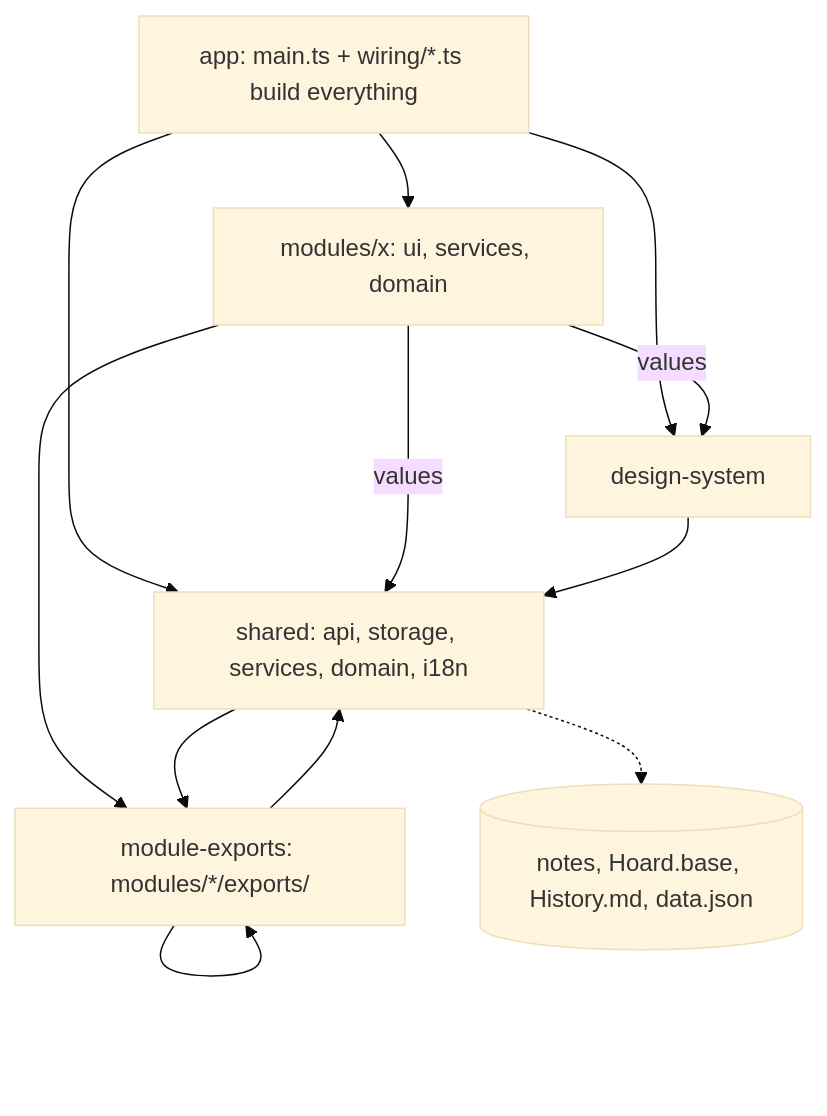
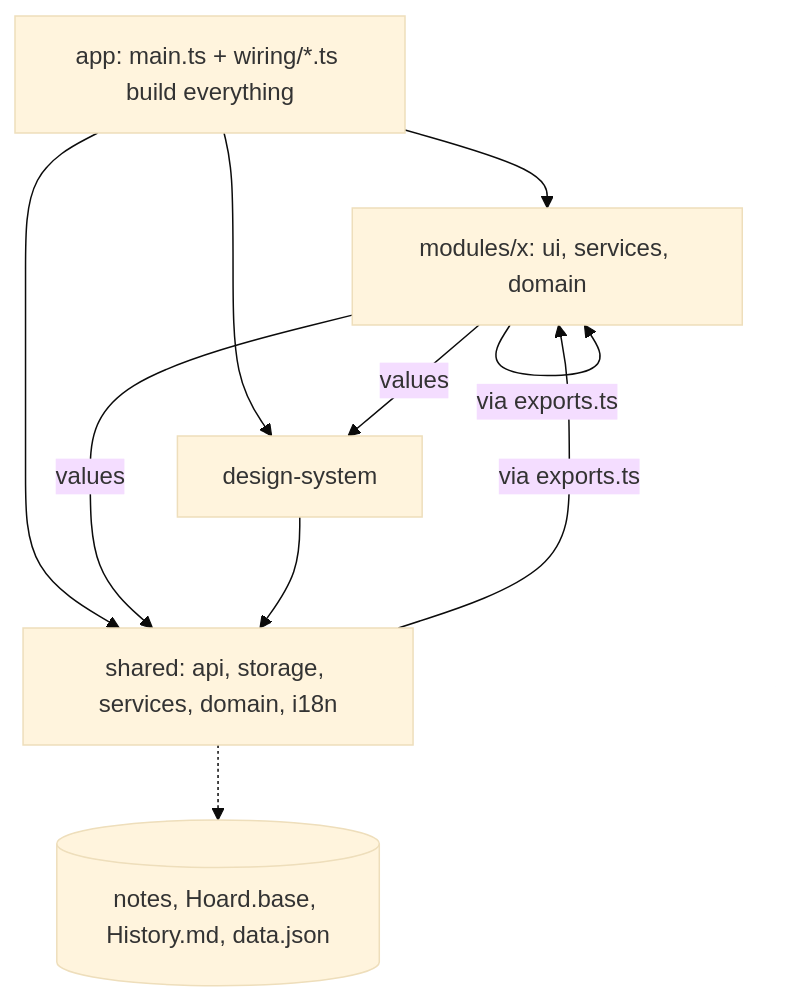
Before and after one commit to Macavity/obsidian-hoard: the diagram in docs/architecture/overview.md, drawn with Mermaid (base theme). The commit also changed other lines of this file and 34 other files, not shown here.

Commit message:
docs(wiki): refresh for module exports barrels

````diff
--- a/docs/architecture/overview.md
+++ b/docs/architecture/overview.md
@@ -36,14 +38,12 @@
 ```mermaid
 flowchart TD
   app[app: main.ts + wiring/*.ts build everything] --> mod
   app --> ds
   app --> sh
   mod["modules/x: ui, services, domain"] -->|values| ds[design-system]
   mod -->|values| sh["shared: api, storage, services, domain, i18n"]
   ds --> sh
-  mod --> ex["module-exports: modules/*/exports/"]
-  sh --> ex
-  ex --> sh
-  ex --> ex
+  mod -->|"via exports.ts"| mod
+  sh -->|"via exports.ts"| mod
   sh -.-> Vault[(notes, Hoard.base, History.md, data.json)]
 ```
````
